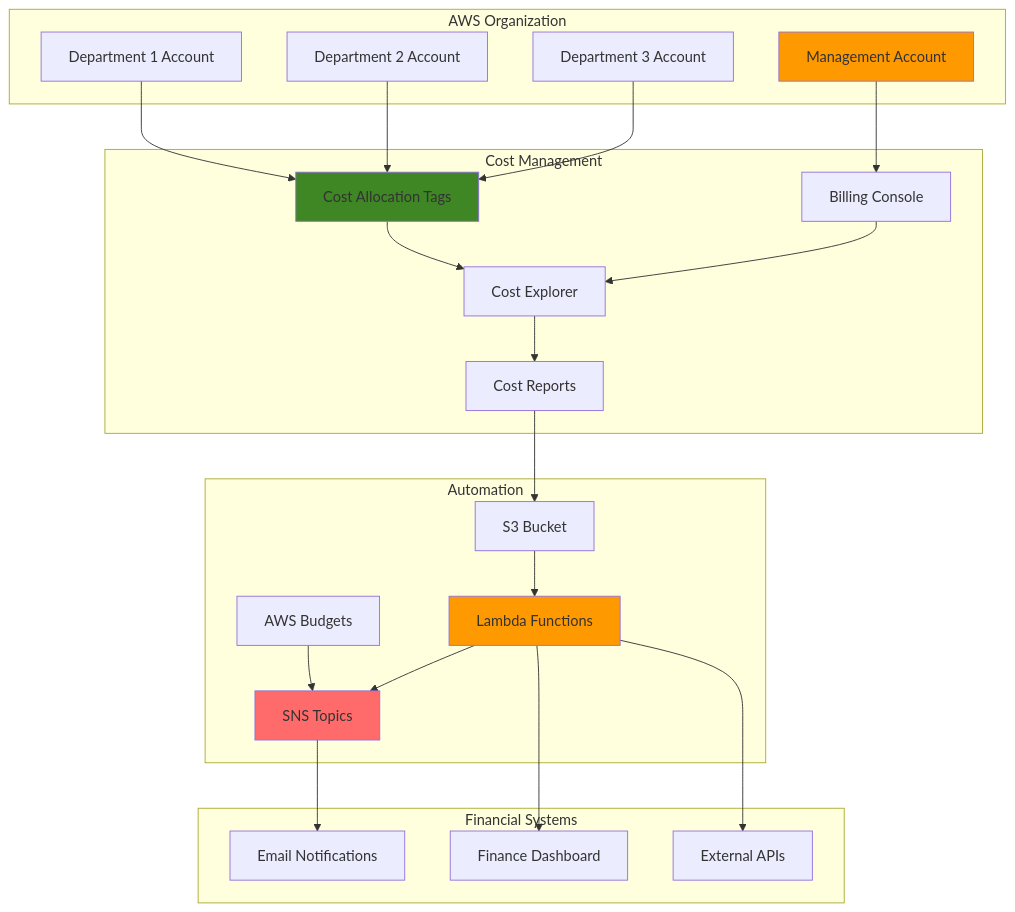
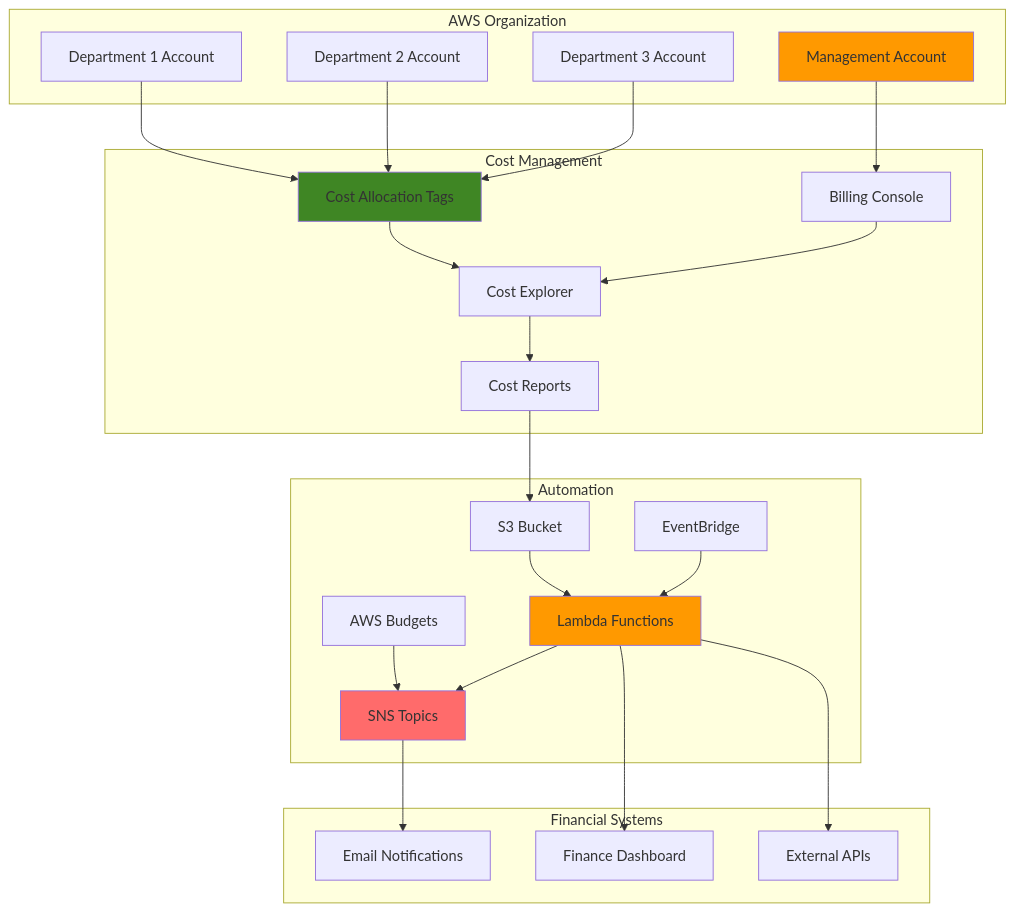
Before and after one commit to mzazon/awesome-cloud-projects: the diagram in aws/cost-allocation-chargeback-systems/cost-allocation-chargeback-systems.md, drawn with Mermaid. The commit also changed other lines of this file and 5581 other files, not shown here.

````diff
--- a/aws/cost-allocation-chargeback-systems/cost-allocation-chargeback-systems.md
+++ b/aws/cost-allocation-chargeback-systems/cost-allocation-chargeback-systems.md
@@ -31,52 +30,54 @@
 ```mermaid
 graph TB
     subgraph "AWS Organization"
         MGMT[Management Account]
         DEPT1[Department 1 Account]
         DEPT2[Department 2 Account]
         DEPT3[Department 3 Account]
     end
     
     subgraph "Cost Management"
         TAGS[Cost Allocation Tags]
         BILLING[Billing Console]
         CE[Cost Explorer]
         REPORTS[Cost Reports]
     end
     
     subgraph "Automation"
         LAMBDA[Lambda Functions]
         SNS[SNS Topics]
         BUDGETS[AWS Budgets]
         S3[S3 Bucket]
+        EVENTS[EventBridge]
     end
     
     subgraph "Financial Systems"
         EMAIL[Email Notifications]
         FINANCE[Finance Dashboard]
         APIS[External APIs]
     end
     
     MGMT --> BILLING
     DEPT1 --> TAGS
     DEPT2 --> TAGS
     DEPT3 --> TAGS
     
     TAGS --> CE
     BILLING --> CE
     CE --> REPORTS
     REPORTS --> S3
     
     BUDGETS --> SNS
     LAMBDA --> SNS
     SNS --> EMAIL
     
     S3 --> LAMBDA
     LAMBDA --> FINANCE
     LAMBDA --> APIS
+    EVENTS --> LAMBDA
     
     style MGMT fill:#FF9900
     style TAGS fill:#3F8624
     style LAMBDA fill:#FF9900
     style SNS fill:#FF6B6B
 ```
````
